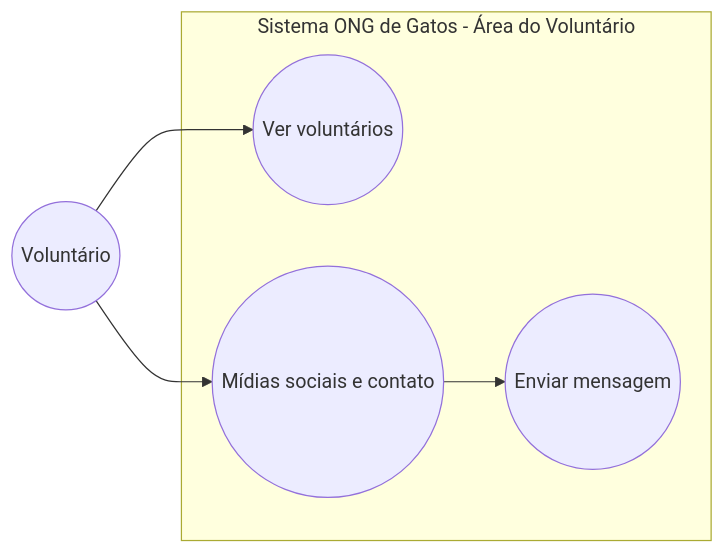
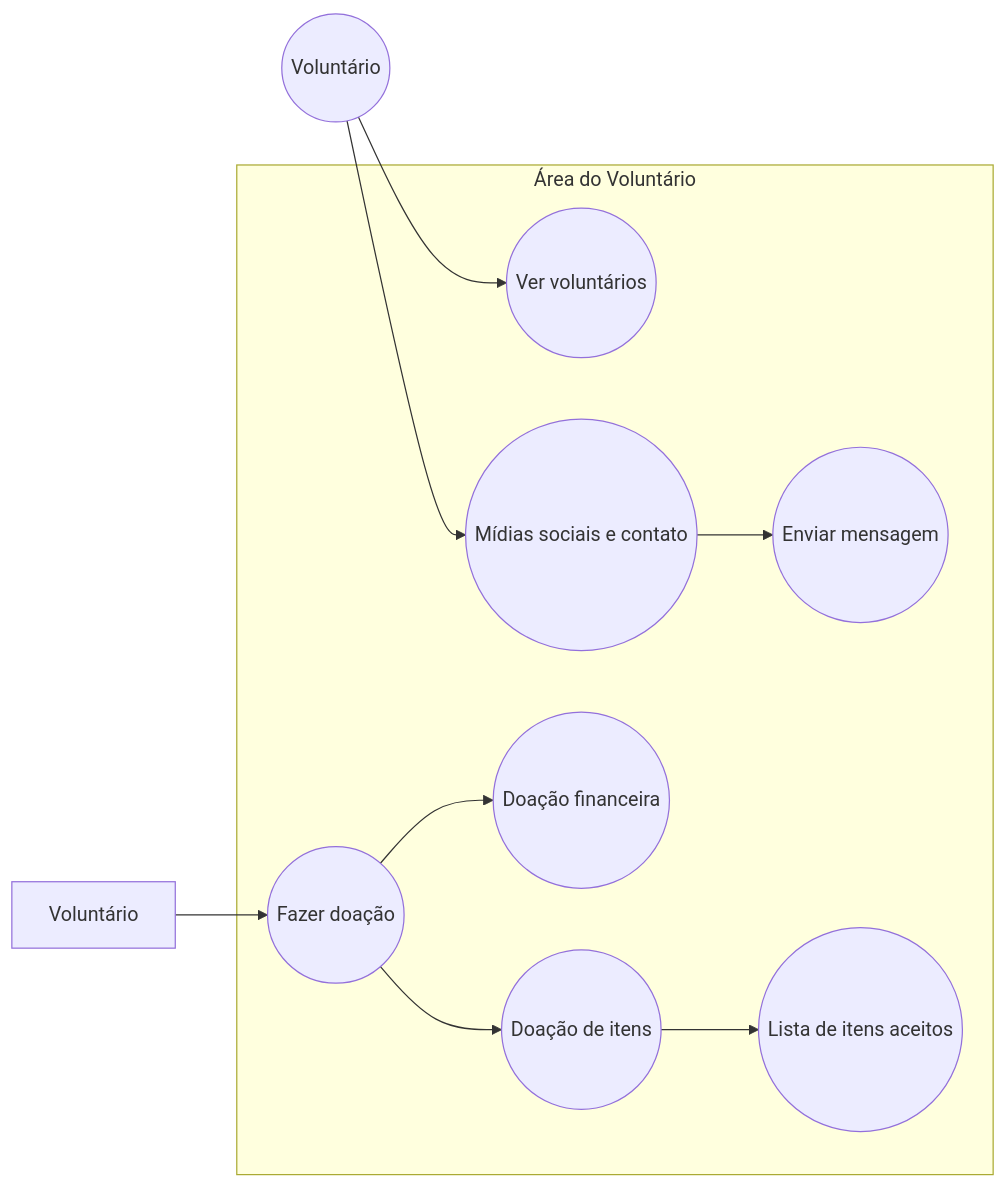
Before and after one commit to ligiaoliveira/Casa-dos-Gatos: the second of 3 diagrams in README.md, drawn with Mermaid. The commit also changed other lines of this file, not shown here.

````diff
--- a/README.md
+++ b/README.md
@@ -134,16 +138,25 @@
 ```mermaid
 flowchart LR
     Voluntario((Voluntário))
 
-    subgraph Sistema ONG de Gatos - Área do Voluntário
+    subgraph Área do Voluntário
         UC1((Ver voluntários))
         UC2((Mídias sociais e contato))
+        UC3((Fazer doação))
 
-        UC3((Enviar mensagem))
+        UC4((Enviar mensagem))
+        UC5((Doação financeira))
+        UC6((Doação de itens))
+        UC7((Lista de itens aceitos))
     end
 
     Voluntario --> UC1
     Voluntario --> UC2
+    Voluntário --> UC3
 
-    UC2 --> UC3
+    UC2 --> UC4
+    UC3 --> UC5
+    UC3 --> UC6
+    UC6 --> UC7
+    
 ```
````
